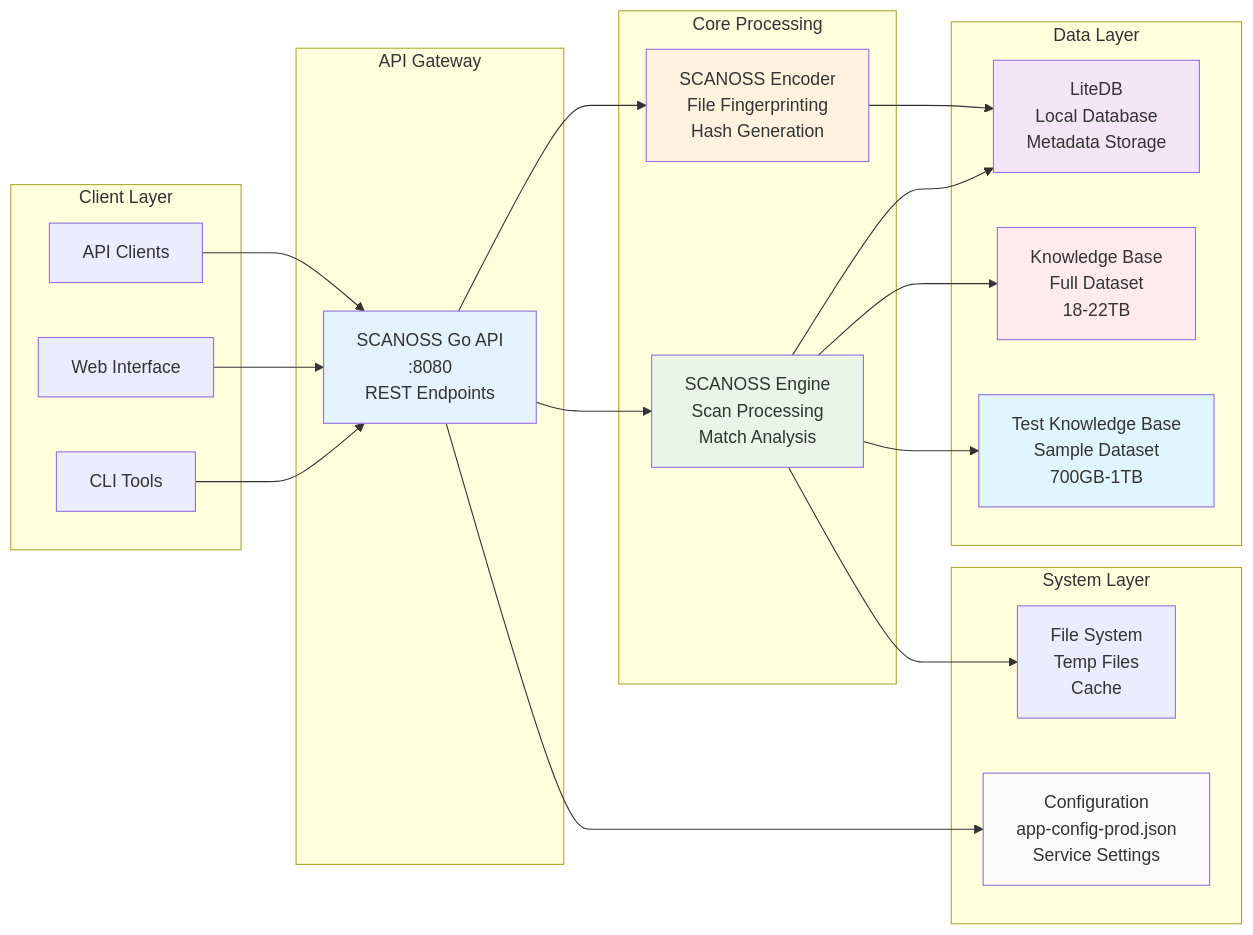
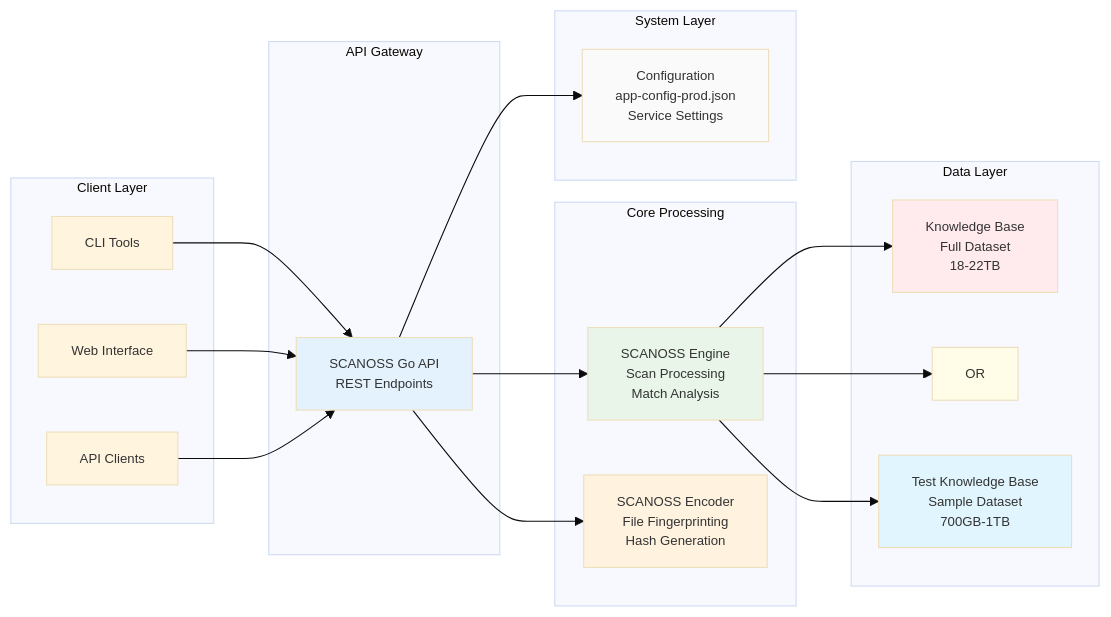
The first of 2 diagrams in install/README.md (scanossmining/on-premise), drawn with Mermaid before and after one commit.

````diff
--- a/install/README.md
+++ b/install/README.md
@@ -35,51 +35,49 @@
 ```mermaid
+%%{init: {'theme':'base', 'themeVariables': {'fontSize': '12px'}}}%%
 graph LR
     subgraph "Client Layer"
         CLI[CLI Tools]
         WEB[Web Interface]
         API_CLIENT[API Clients]
     end
     
     subgraph "API Gateway"
-        GO_API[SCANOSS Go API<br/>:8080<br/>REST Endpoints]
+        GO_API[SCANOSS Go API<br/>REST Endpoints]
     end
     
     subgraph "Core Processing"
         ENGINE[SCANOSS Engine<br/>Scan Processing<br/>Match Analysis]
         ENCODER[SCANOSS Encoder<br/>File Fingerprinting<br/>Hash Generation]
     end
     
     subgraph "Data Layer"
-        LDB[LiteDB<br/>Local Database<br/>Metadata Storage]
         KB_FULL[Knowledge Base<br/>Full Dataset<br/>18-22TB]
+        OR[OR]
         KB_TEST[Test Knowledge Base<br/>Sample Dataset<br/>700GB-1TB]
     end
     
     subgraph "System Layer"
-        FS[File System<br/>Temp Files<br/>Cache]
         CONFIG[Configuration<br/>app-config-prod.json<br/>Service Settings]
     end
     
     CLI --> GO_API
     WEB --> GO_API
     API_CLIENT --> GO_API
     
     GO_API --> ENGINE
     GO_API --> ENCODER
     
-    ENGINE --> LDB
     ENGINE --> KB_FULL
+    ENGINE --> OR
     ENGINE --> KB_TEST
-    ENCODER --> LDB
     
-    ENGINE --> FS
     GO_API --> CONFIG
     
     style GO_API fill:#e3f2fd
     style ENGINE fill:#e8f5e8
     style ENCODER fill:#fff3e0
-    style LDB fill:#f3e5f5
     style KB_FULL fill:#ffebee
     style KB_TEST fill:#e1f5fe
     style CONFIG fill:#fafafa
+    style OR fill:#fffde7
 ```
````
